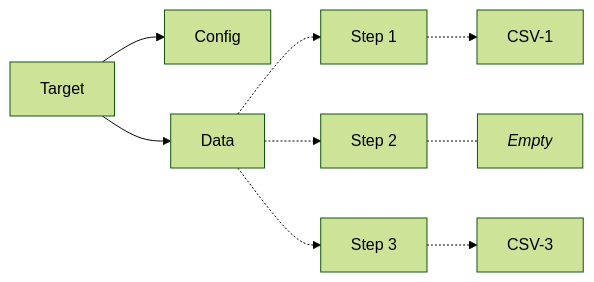
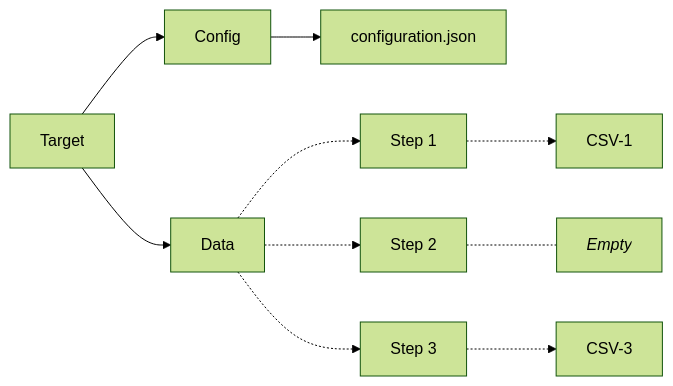
One commit to freemansoft/entitopia changed the second of 2 diagrams in README.md. Above: the diagram before and after it, drawn with Mermaid (forest theme). The commit also changed other lines of this file, not shown here.

Commit message:
add configuration.json to diagrams

````diff
--- a/README.md
+++ b/README.md
@@ -59,9 +59,9 @@
 ```mermaid
 flowchart LR
-    Target[Target]-->Config
+    Target-->Config --> ConfigFile[configuration.json]
     Target-->Data
     Data-.->Step1[Step 1]-.->CSV-1
     Data-.->Step2[Step 2]-.-Empty-2[<i>Empty</i>]
     Data-.->Step3[Step 3]-.->CSV-3
 
 ```
````
